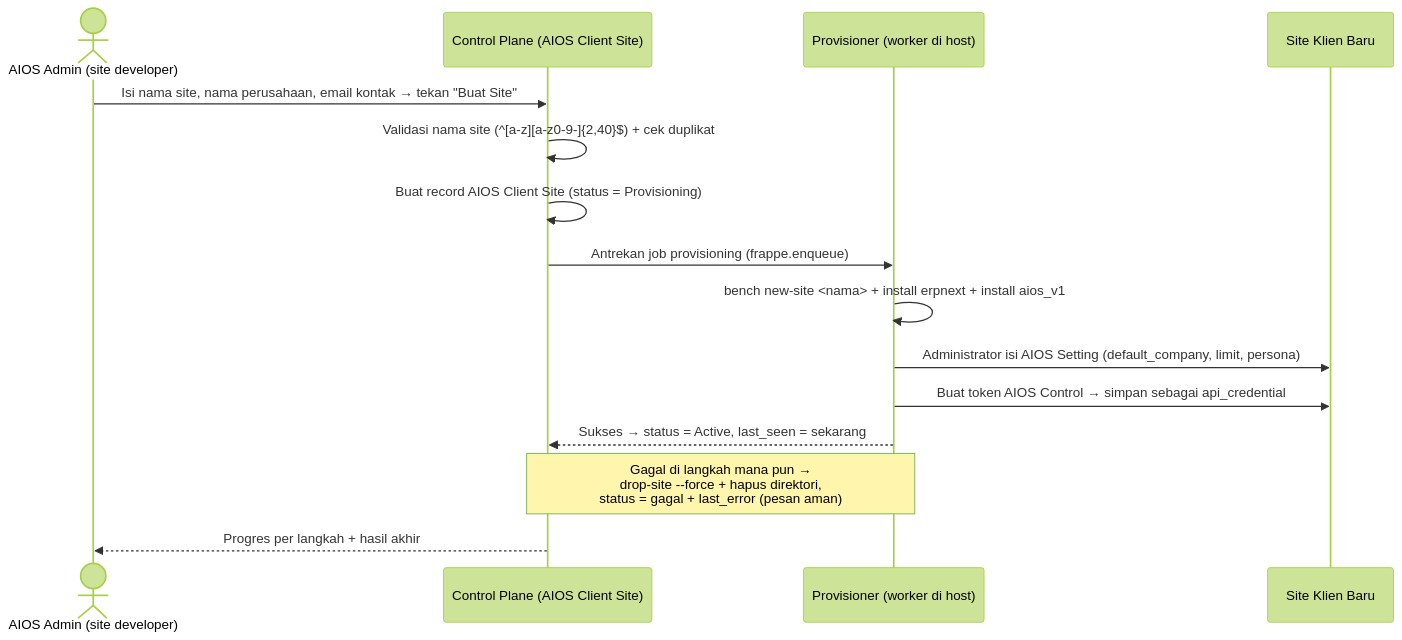
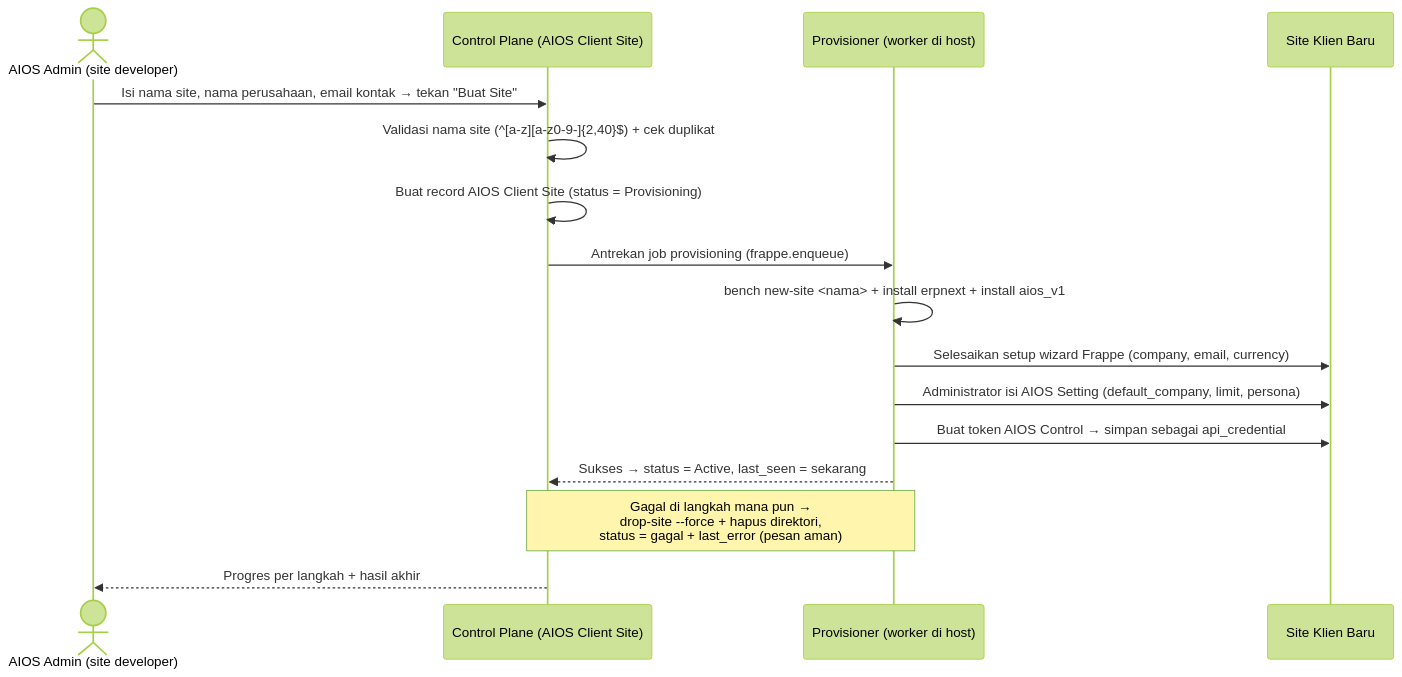
Before and after one commit to Tenshi1308/aios-frappe-16: the sixth of 8 diagrams in docs/04-alur-kerja-sistem.md, drawn with Mermaid (forest theme). The commit also changed other lines of this file and 3 other files, not shown here.

Commit message:
docs: setup wizard diselesaikan provisioning #11

````diff
--- a/docs/04-alur-kerja-sistem.md
+++ b/docs/04-alur-kerja-sistem.md
@@ -270,18 +270,19 @@
 ```mermaid
 sequenceDiagram
     actor Admin as AIOS Admin (site developer)
     participant CP as Control Plane (AIOS Client Site)
     participant Job as Provisioner (worker di host)
     participant Site as Site Klien Baru
 
     Admin->>CP: Isi nama site, nama perusahaan, email kontak → tekan "Buat Site"
     CP->>CP: Validasi nama site (^[a-z][a-z0-9-]{2,40}$) + cek duplikat
     CP->>CP: Buat record AIOS Client Site (status = Provisioning)
     CP->>Job: Antrekan job provisioning (frappe.enqueue)
     Job->>Job: bench new-site <nama> + install erpnext + install aios_v1
+    Job->>Site: Selesaikan setup wizard Frappe (company, email, currency)
     Job->>Site: Administrator isi AIOS Setting (default_company, limit, persona)
     Job->>Site: Buat token AIOS Control → simpan sebagai api_credential
     Job-->>CP: Sukses → status = Active, last_seen = sekarang
     Note over Job,CP: Gagal di langkah mana pun →<br/>drop-site --force + hapus direktori,<br/>status = gagal + last_error (pesan aman)
     CP-->>Admin: Progres per langkah + hasil akhir
 ```
````
